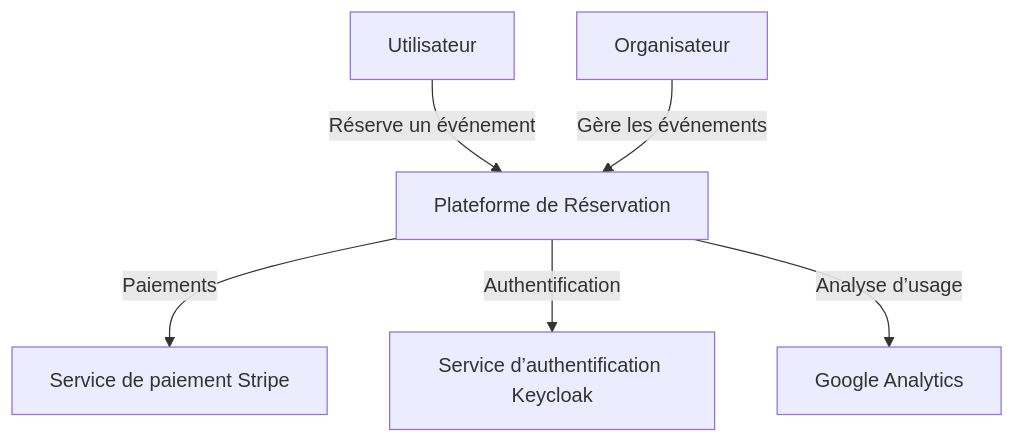
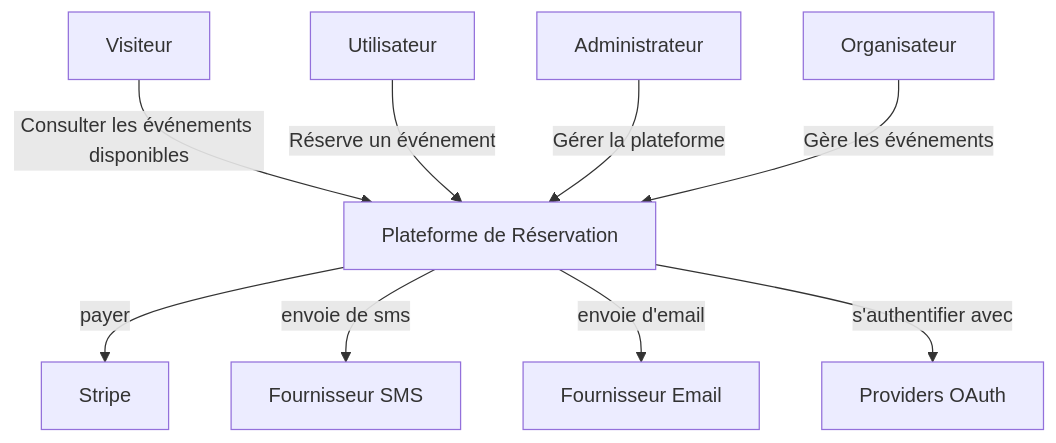
One commit to warnerb47/edacy changed the diagram in c4/context.md. Above: the diagram before and after it, drawn with Mermaid. The commit also changed 1 other file, not shown here.

Commit message:
feat: update context.md feat: init context.drawio

````diff
--- a/c4/context.md
+++ b/c4/context.md
@@ -1,8 +1,11 @@
 ```mermaid
 graph TD
-    User[Utilisateur] -->|Réserve un événement| Platform[Plateforme de Réservation]
+    visitor[Visiteur] -->|Consulter les événements disponibles| Platform[Plateforme de Réservation]
+    User[Utilisateur] -->|Réserve un événement| Platform
+    Admin[Administrateur] -->|Gérer la plateforme| Platform
     Organizer[Organisateur] -->|Gère les événements| Platform
-    Platform -->|Paiements| Stripe[Service de paiement Stripe]
-    Platform -->|Authentification| Keycloak[Service d’authentification Keycloak]
-    Platform -->|Analyse d’usage| Analytics[Google Analytics]
+    Platform -->|payer| stripe[Stripe]
+    Platform -->|envoie de sms| sms[Fournisseur SMS]
+    Platform -->|envoie d'email| email[Fournisseur Email]
+    Platform -->|s'authentifier avec| oauth[Providers OAuth]
 ```
````
